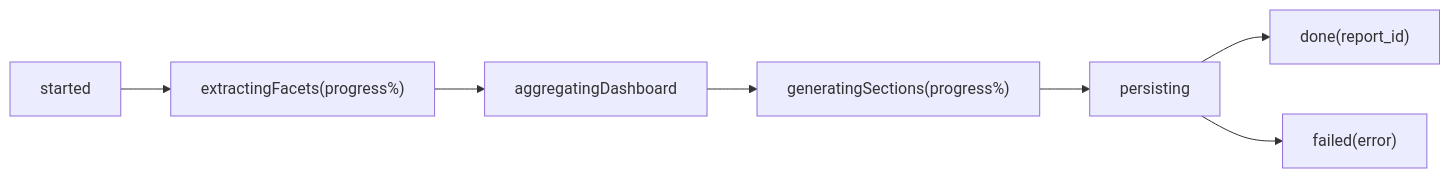
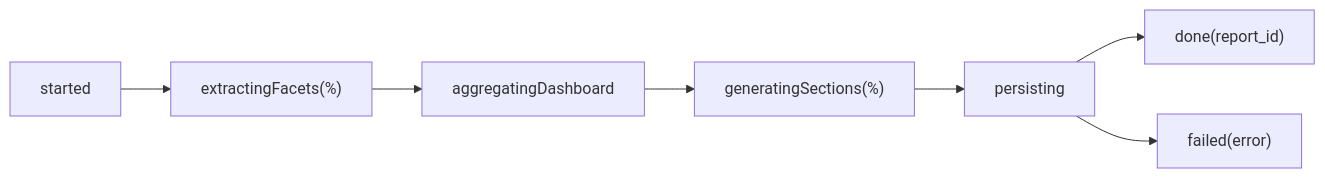
The fifth of 5 diagrams in docs/architecture/recap.md (shiwenwen/hope-agent), drawn with Mermaid before and after one commit. The commit also changed other lines of this file and 7 other files, not shown here.

````diff
--- a/docs/architecture/recap.md
+++ b/docs/architecture/recap.md
@@ -391,7 +480,7 @@
 ```mermaid
 flowchart LR
-    S["started"] --> EF["extractingFacets(progress%)"] --> AD["aggregatingDashboard"]
-    AD --> GS["generatingSections(progress%)"] --> P["persisting"]
+    S["started"] --> EF["extractingFacets(%)"] --> AD["aggregatingDashboard"]
+    AD --> GS["generatingSections(%)"] --> P["persisting"]
     P --> DONE["done(report_id)"]
     P --> FAIL["failed(error)"]
 ```
````
